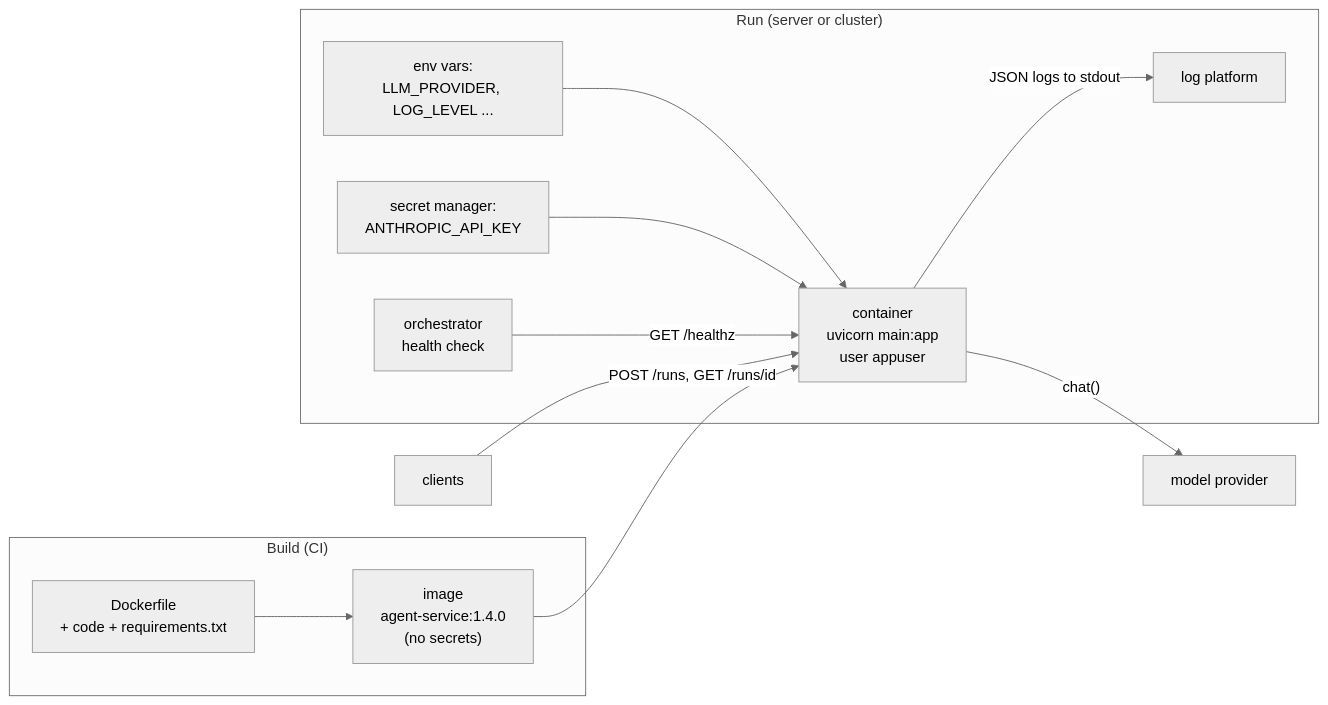
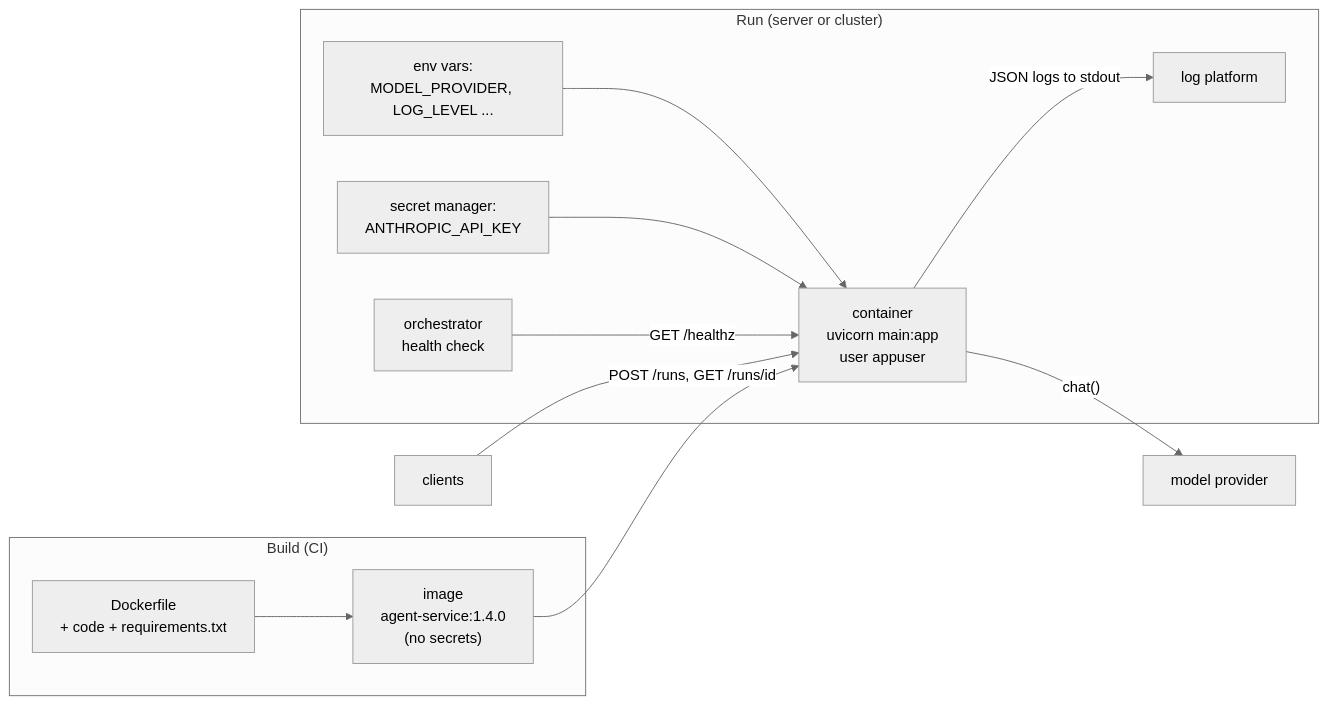
Before and after one commit to asmustechno/agentic-ai-notes: the diagram in docs/15-production-and-deployment/15.6-deploying-with-fastapi-and-docker.md, drawn with Mermaid (neutral theme). The commit also changed other lines of this file and 397 other files, not shown here.

````diff
--- a/docs/15-production-and-deployment/15.6-deploying-with-fastapi-and-docker.md
+++ b/docs/15-production-and-deployment/15.6-deploying-with-fastapi-and-docker.md
@@ -38,15 +38,15 @@
 ```mermaid
 flowchart LR
     subgraph build["Build (CI)"]
         D["Dockerfile<br/>+ code + requirements.txt"] --> I["image<br/>agent-service:1.4.0<br/>(no secrets)"]
     end
     subgraph run["Run (server or cluster)"]
-        E["env vars:<br/>LLM_PROVIDER, LOG_LEVEL ..."] --> C
+        E["env vars:<br/>MODEL_PROVIDER, LOG_LEVEL ..."] --> C
         S["secret manager:<br/>ANTHROPIC_API_KEY"] --> C
         I --> C["container<br/>uvicorn main:app<br/>user appuser"]
         H["orchestrator<br/>health check"] -->|"GET /healthz"| C
         C -->|"JSON logs to stdout"| L["log platform"]
     end
     U["clients"] -->|"POST /runs, GET /runs/id"| C
     C -->|"chat()"| P["model provider"]
 ```
````
